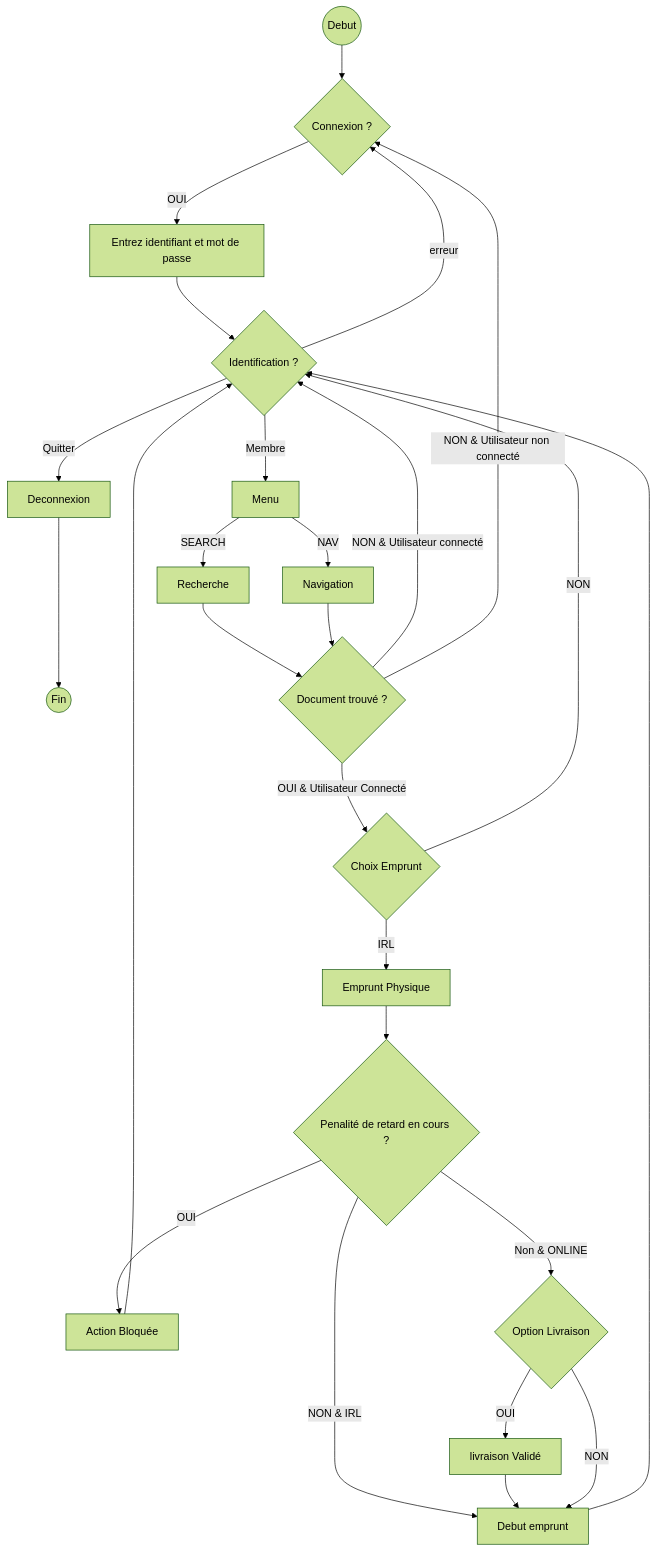
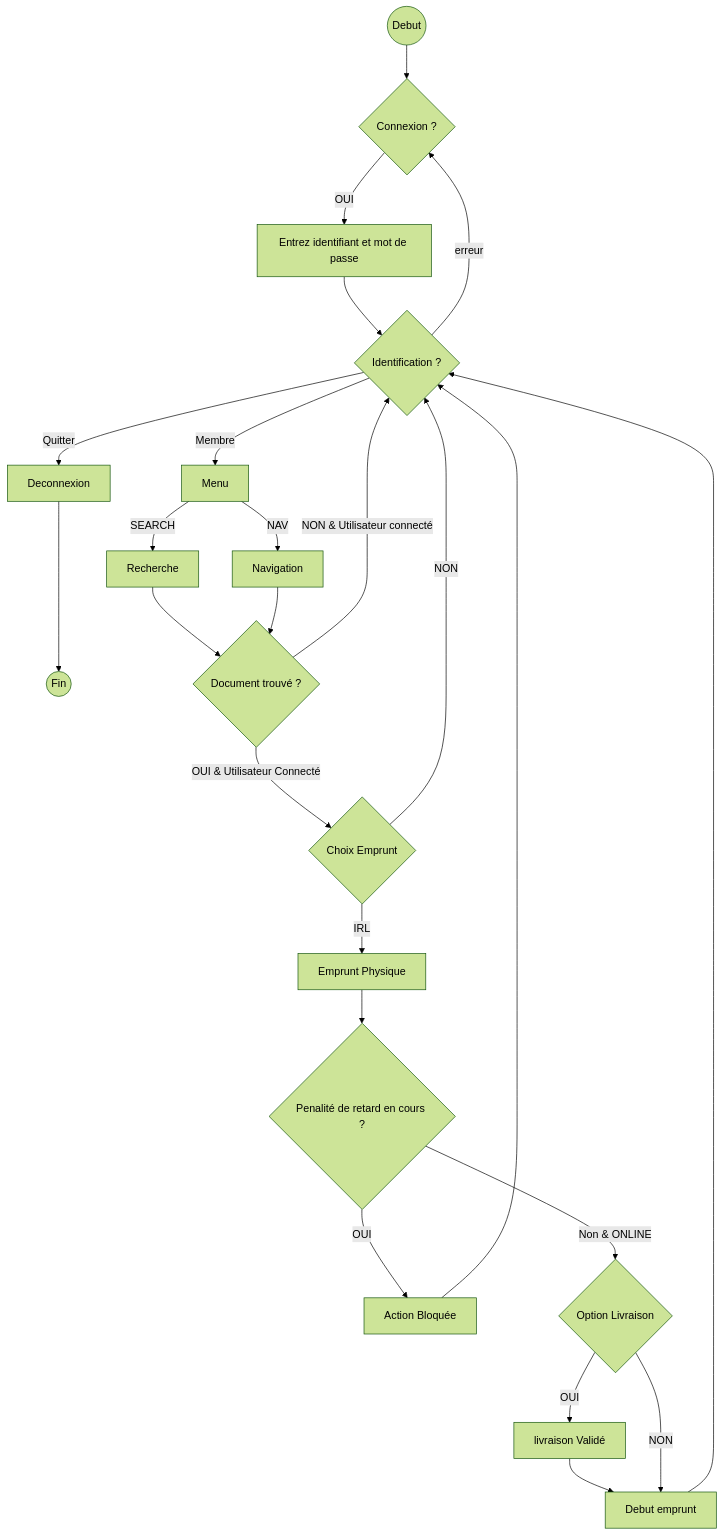
The third of 3 diagrams in README.md (titus-79/Omnilib), drawn with Mermaid (forest theme) before and after one commit.

Commit message:
docs: fix activity digram

````diff
--- a/README.md
+++ b/README.md
@@ -125,25 +125,24 @@
 ```mermaid
 flowchart TB
 Start((Debut)) --> CN{Connexion ?}
     CN --OUI--> Auth[Entrez identifiant et mot de passe]
     Auth --> CC{Identification ?}
     CC --Membre--> Menu
     CC --erreur-->  CN
     CC --Quitter--> Logout[Deconnexion]
     Logout ---> End((Fin))
     Menu --NAV--> Nav[Navigation]
     Menu --SEARCH--> Search[Recherche]
     Search --> DF{Document trouvé ?}
     Nav --> DF{Document trouvé ?}
     DF --OUI & Utilisateur Connecté--> CE{Choix Emprunt} 
     DF --NON & Utilisateur connecté--> CC
-    DF --NON & Utilisateur non connecté--> CN
     CE --IRL--> EP[Emprunt Physique]
     CE --NON--> CC
     EP --> PE{Penalité de retard en cours ?}
     PE --OUI--> B[Action Bloquée] --> CC
-    PE --NON & IRL--> DE[Debut emprunt] --> CC
+    DE[Debut emprunt] --> CC
     PE --Non & ONLINE--> DEL{Option Livraison}
     DEL --OUI--> DELOK[livraison Validé] --> DE
     DEL --NON--> DE
 ```
````
